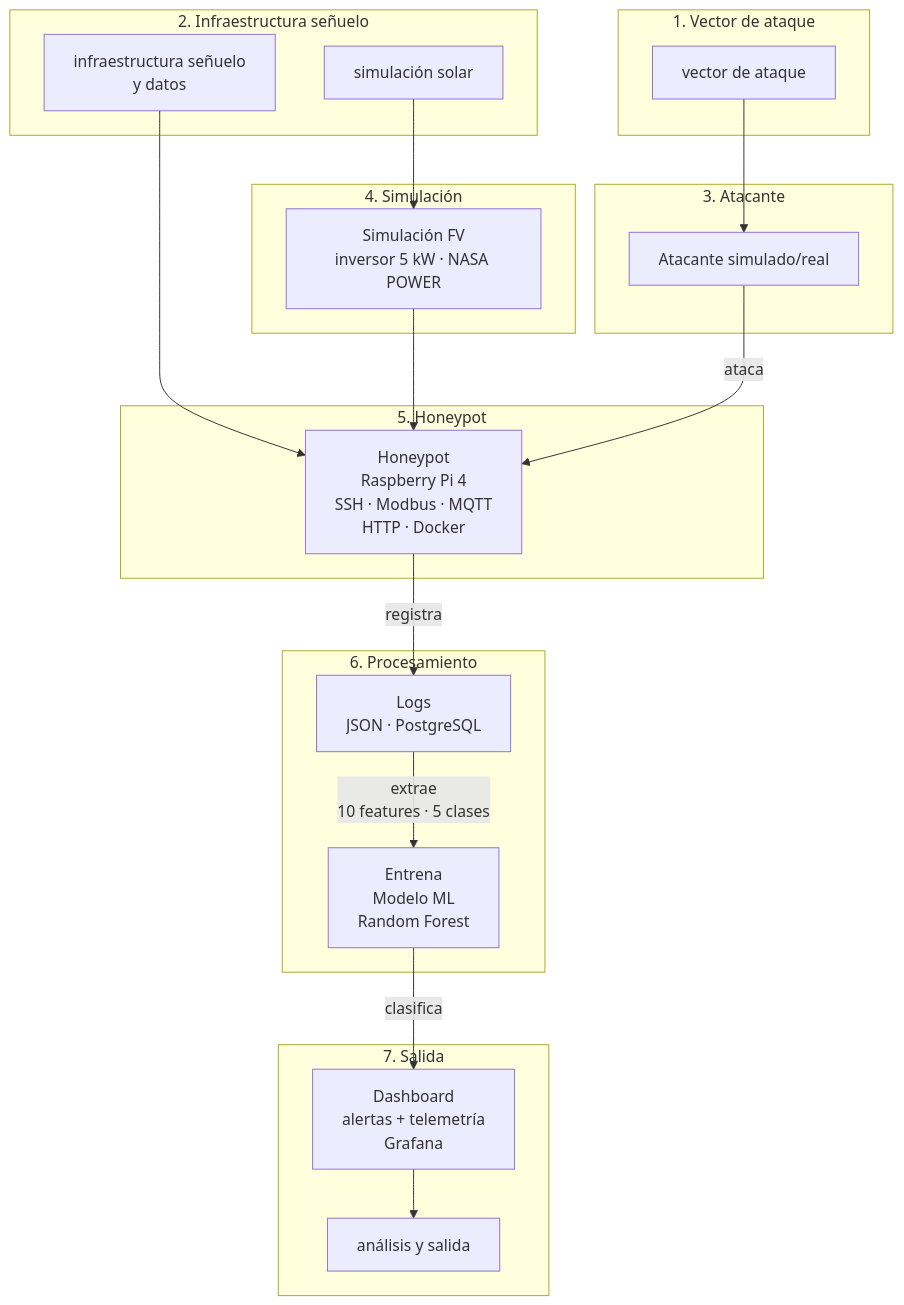
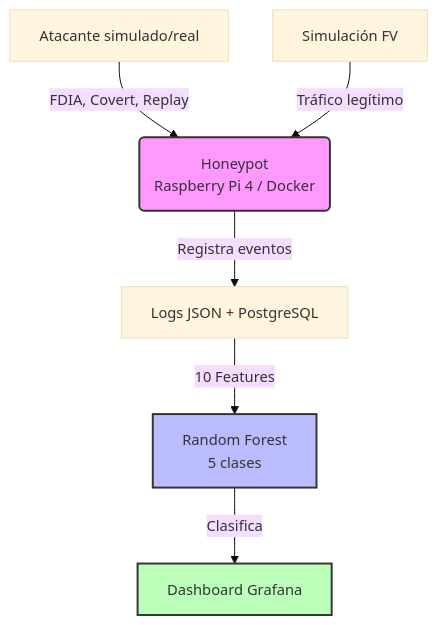
One commit to NicolasReyes001/tesis-honeypot-fv-ml changed the diagram in docs/Semana1/problema_definido.md. Above: the diagram before and after it, drawn with Mermaid. The commit also changed other lines of this file and 1 other file, not shown here.

Commit message:
correcciones Dia 1 semana 1

````diff
--- a/docs/Semana1/problema_definido.md
+++ b/docs/Semana1/problema_definido.md
@@ -80,43 +82,24 @@
 ```mermaid
-graph TB
-    subgraph "1. Vector de ataque"
-        G[vector de ataque]
-    end
+%%{init: {
+  'theme': 'base',
+  'themeVariables': {
+    'fontSize': '15px'
+  },
+  'flowchart': {
+    'useMaxWidth': true,
+    'nodeSpacing': 45,
+    'rankSpacing': 55,
+    'curve': 'basis'
+  }
+}}%%
+graph TD
+    A[Atacante simulado/real] -->|FDIA, Covert, Replay| B(Honeypot<br>Raspberry Pi 4 / Docker)
+    F[Simulación FV] -->|Tráfico legítimo| B
+    B -->|Registra eventos| C[Logs JSON + PostgreSQL]
+    C -->|10 Features| D[Random Forest<br>5 clases]
+    D -->|Clasifica| E[Dashboard Grafana]
     
-    subgraph "2. Infraestructura señuelo"
-        H[infraestructura señuelo <br/> y datos]
-        I[simulación solar]
-    end
-    
-    subgraph "3. Atacante"
-        A[Atacante simulado/real]
-    end
-    
-    subgraph "4. Simulación"
-        F[Simulación FV<br/>inversor 5 kW · NASA POWER]
-    end
-    
-    subgraph "5. Honeypot"
-        B[Honeypot<br/>Raspberry Pi 4<br/>SSH · Modbus · MQTT<br/>HTTP · Docker]
-    end
-    
-    subgraph "6. Procesamiento"
-        C[Logs<br/>JSON · PostgreSQL]
-        D[Entrena<br/>Modelo ML<br/>Random Forest]
-    end
-    
-    subgraph "7. Salida"
-        E[Dashboard<br/>alertas + telemetría<br/>Grafana]
-        J[análisis y salida]
-    end
-    
-    G --> A
-    H --> B
-    I --> F
-    A -->|ataca| B
-    F --> B
-    B -->|registra| C
-    C -->|extrae<br/>10 features · 5 clases| D
-    D -->|clasifica| E
-    E --> J
+    style B fill:#f9f,stroke:#333,stroke-width:2px
+    style D fill:#bbf,stroke:#333,stroke-width:2px
+    style E fill:#bfb,stroke:#333,stroke-width:2px
 ```
````
